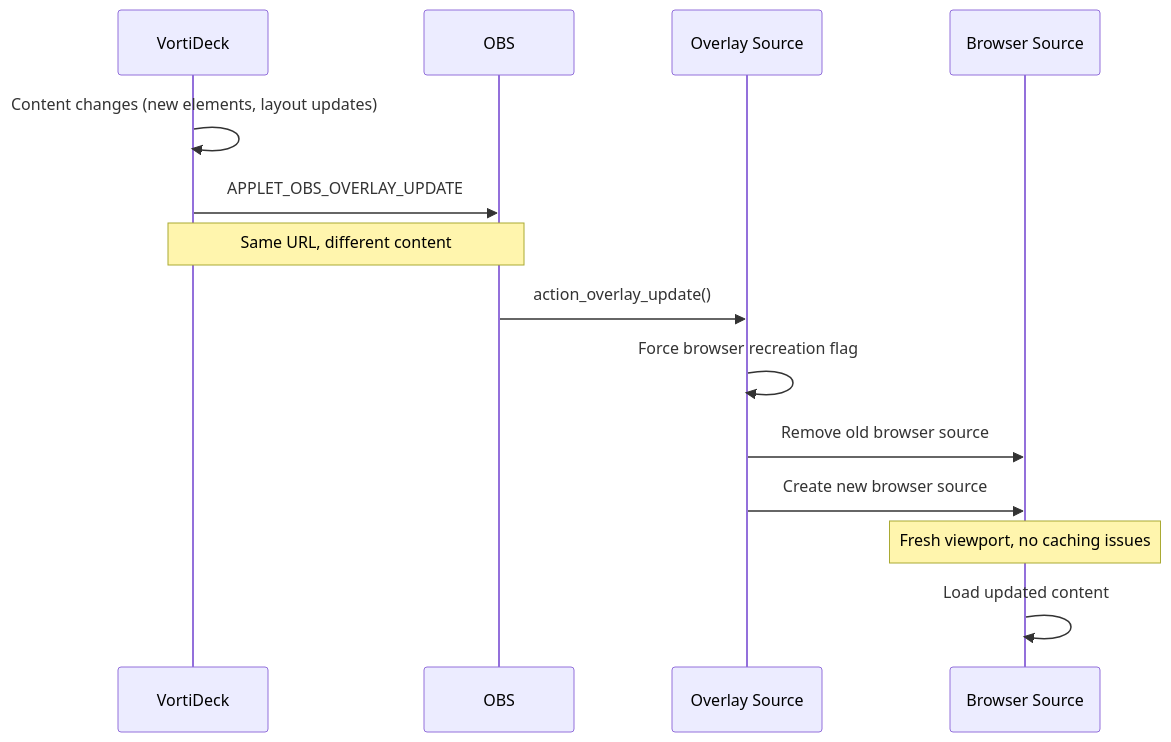
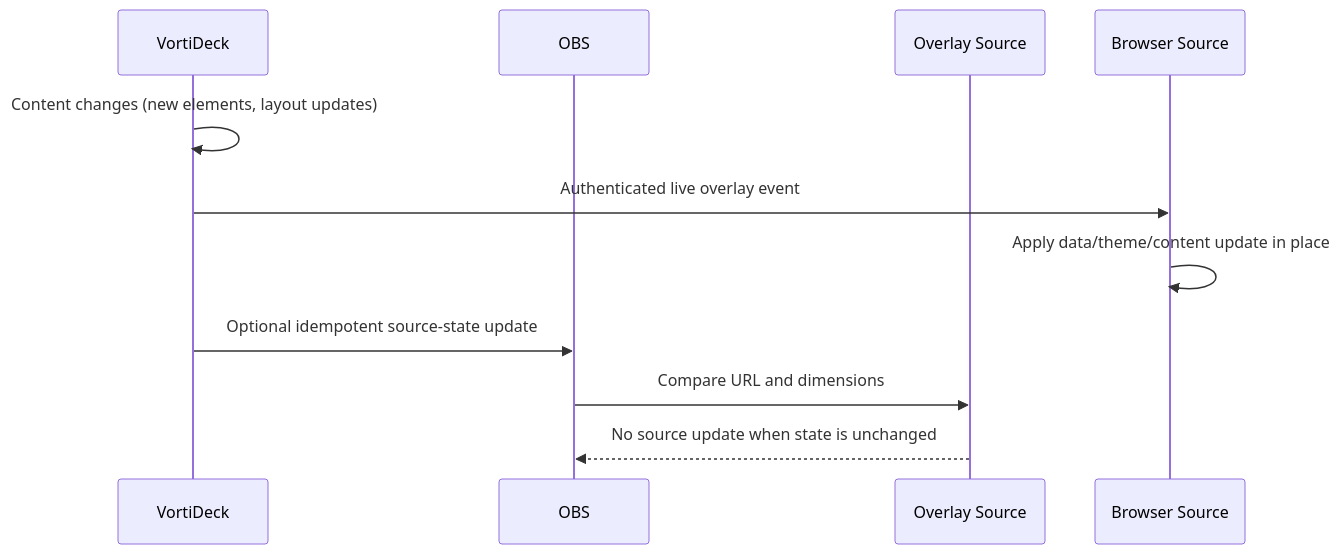
One commit to alexiokay/OBS-Custom-Websocket-Plugin changed the fourth of 4 diagrams in obs_plugin/docs/OVERLAY_SYSTEM.md. Above: the diagram before and after it, drawn with Mermaid. The commit also changed other lines of this file and 4 other files, not shown here.

Commit message:
fix(overlay): make source reconciliation idempotent

````diff
--- a/obs_plugin/docs/OVERLAY_SYSTEM.md
+++ b/obs_plugin/docs/OVERLAY_SYSTEM.md
@@ -95,17 +96,14 @@
 ```mermaid
 sequenceDiagram
     participant V as VortiDeck
     participant O as OBS
     participant OS as Overlay Source
     participant BS as Browser Source
     
     V->>V: Content changes (new elements, layout updates)
-    V->>O: APPLET_OBS_OVERLAY_UPDATE
-    Note over V,O: Same URL, different content
-    O->>OS: action_overlay_update()
-    OS->>OS: Force browser recreation flag
-    OS->>BS: Remove old browser source
-    OS->>BS: Create new browser source
-    Note over BS: Fresh viewport, no caching issues
-    BS->>BS: Load updated content
+    V->>BS: Authenticated live overlay event
+    BS->>BS: Apply data/theme/content update in place
+    V->>O: Optional idempotent source-state update
+    O->>OS: Compare URL and dimensions
+    OS-->>O: No source update when state is unchanged
 ```
````
